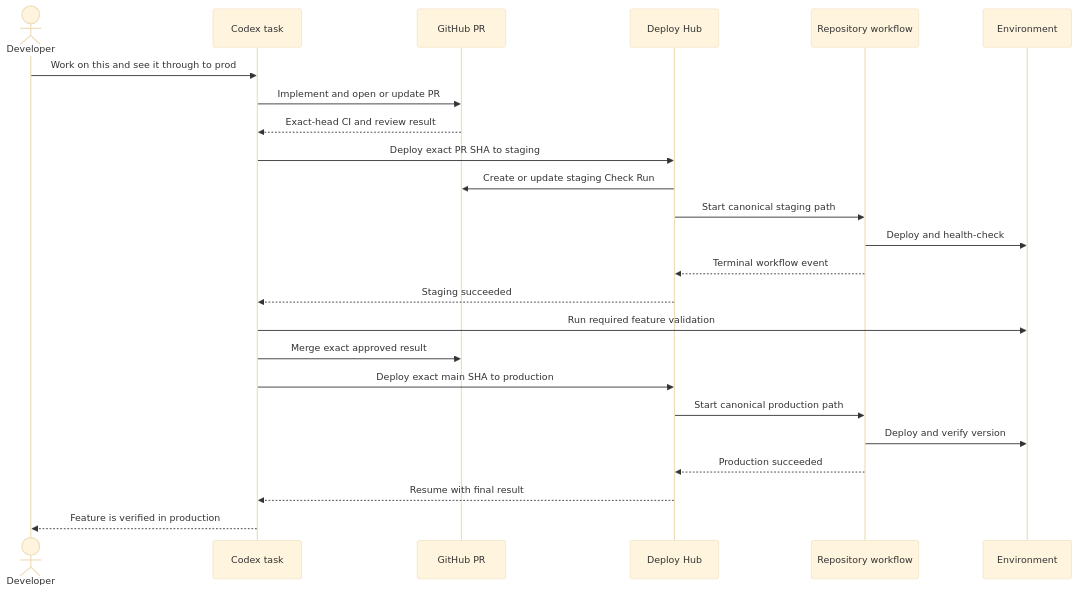
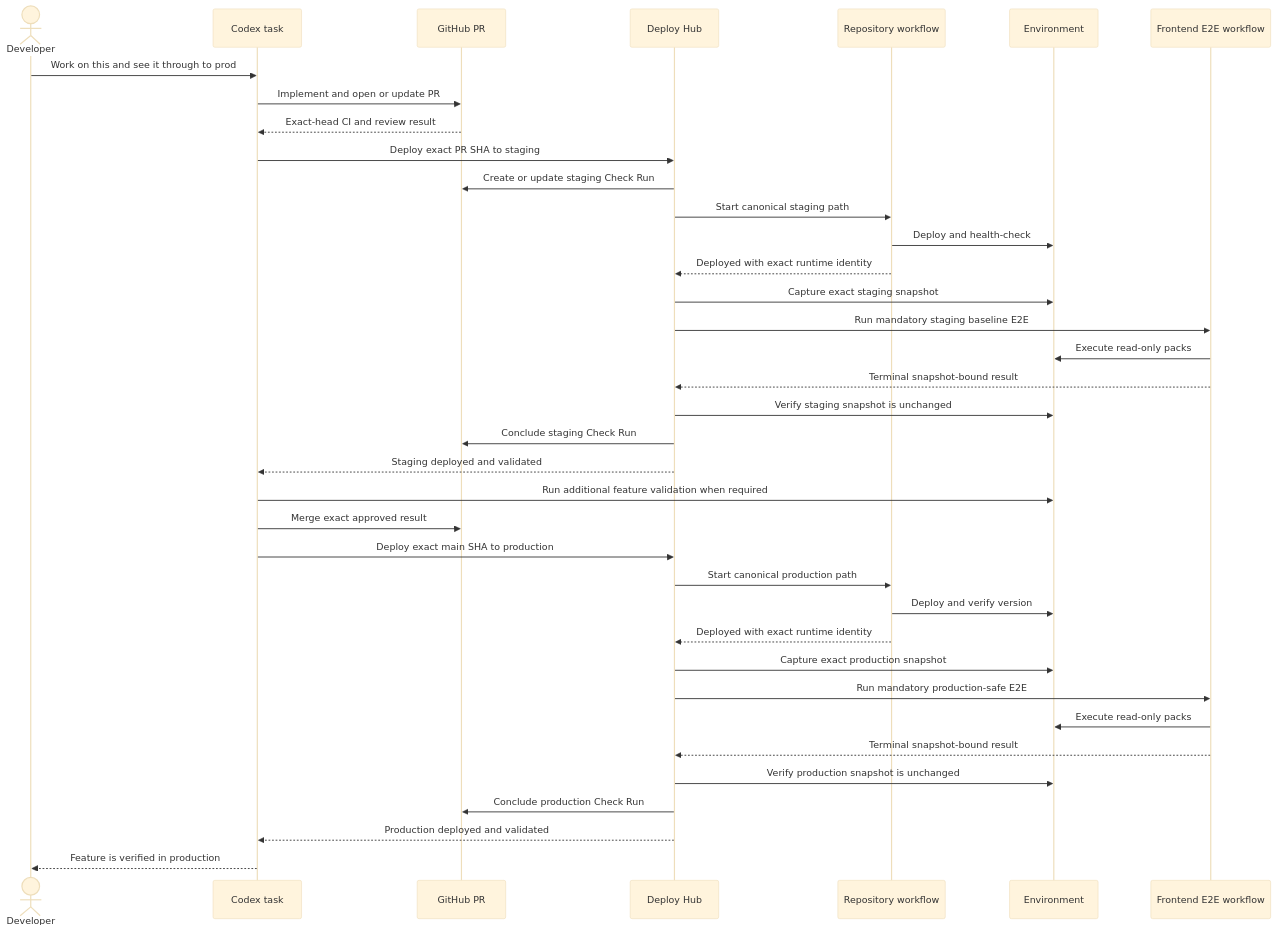
The second of 2 diagrams in docs/architecture.md (6529-Collections/deploy-hub), drawn with Mermaid (base theme) before and after one commit. The commit also changed other lines of this file and 13 other files, not shown here.

````diff
--- a/docs/architecture.md
+++ b/docs/architecture.md
@@ -64,27 +69,40 @@
 ```mermaid
 sequenceDiagram
     actor D as Developer
     participant A as Codex task
     participant G as GitHub PR
     participant H as Deploy Hub
     participant W as Repository workflow
     participant E as Environment
+    participant V as Frontend E2E workflow
 
     D->>A: Work on this and see it through to prod
     A->>G: Implement and open or update PR
     G-->>A: Exact-head CI and review result
     A->>H: Deploy exact PR SHA to staging
     H->>G: Create or update staging Check Run
     H->>W: Start canonical staging path
     W->>E: Deploy and health-check
-    W-->>H: Terminal workflow event
-    H-->>A: Staging succeeded
-    A->>E: Run required feature validation
+    W-->>H: Deployed with exact runtime identity
+    H->>E: Capture exact staging snapshot
+    H->>V: Run mandatory staging baseline E2E
+    V->>E: Execute read-only packs
+    V-->>H: Terminal snapshot-bound result
+    H->>E: Verify staging snapshot is unchanged
+    H->>G: Conclude staging Check Run
+    H-->>A: Staging deployed and validated
+    A->>E: Run additional feature validation when required
     A->>G: Merge exact approved result
     A->>H: Deploy exact main SHA to production
     H->>W: Start canonical production path
     W->>E: Deploy and verify version
-    W-->>H: Production succeeded
-    H-->>A: Resume with final result
+    W-->>H: Deployed with exact runtime identity
+    H->>E: Capture exact production snapshot
+    H->>V: Run mandatory production-safe E2E
+    V->>E: Execute read-only packs
+    V-->>H: Terminal snapshot-bound result
+    H->>E: Verify production snapshot is unchanged
+    H->>G: Conclude production Check Run
+    H-->>A: Production deployed and validated
     A-->>D: Feature is verified in production
 ```
````
